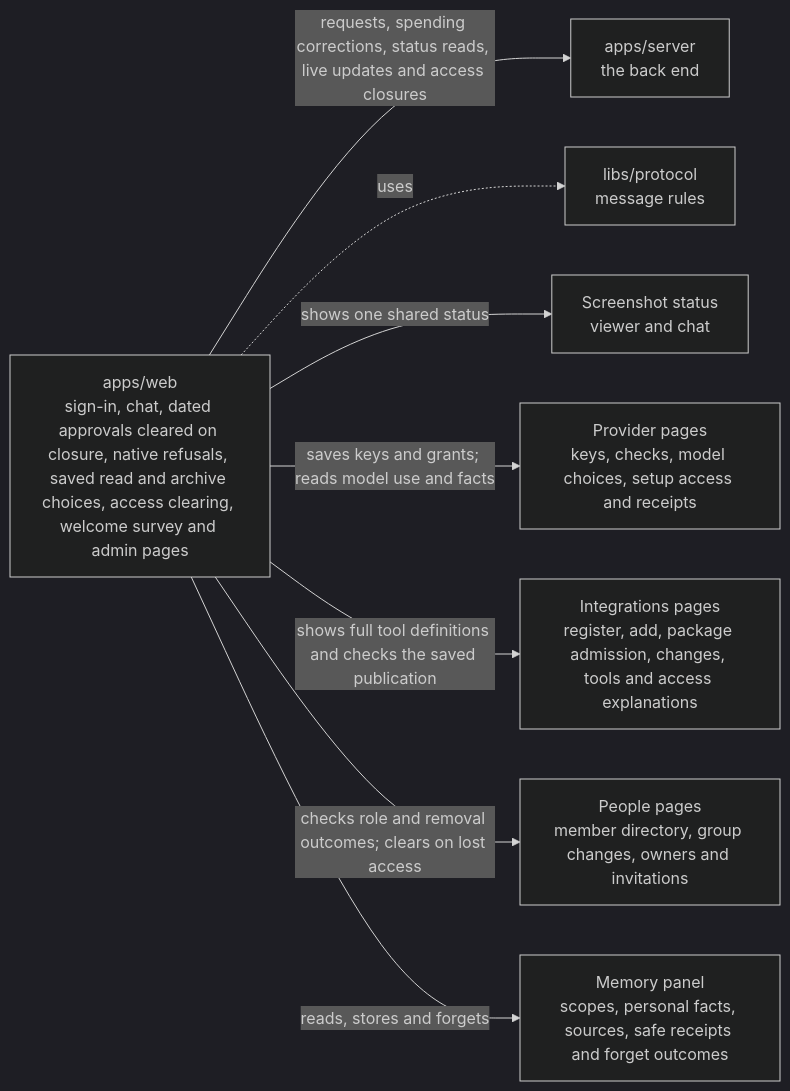
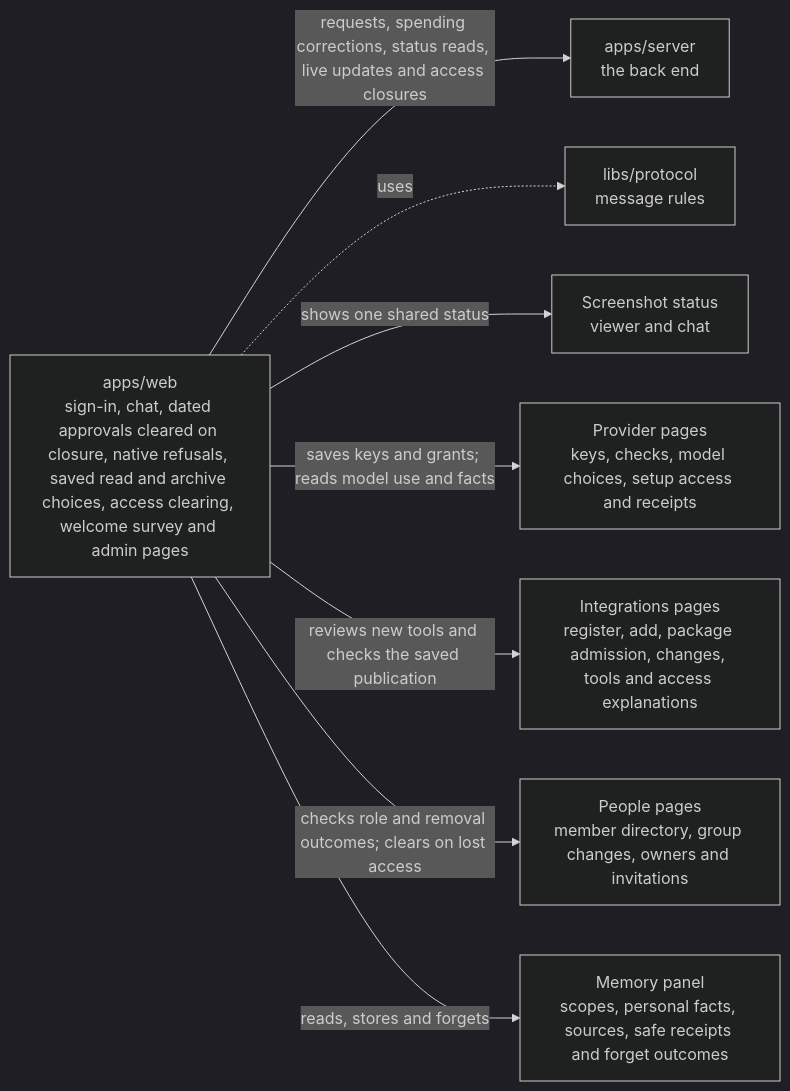
One commit to elewa-git/opencrane-new changed the diagram in apps/web/README.md. Above: the diagram before and after it, drawn with Mermaid (dark theme). The commit also changed other lines of this file and 19 other files, not shown here.

````diff
--- a/apps/web/README.md
+++ b/apps/web/README.md
@@ -11,10 +11,10 @@
 ```mermaid
 flowchart LR
   web["apps/web<br/>sign-in, chat, dated approvals cleared on closure, native refusals, saved read and archive choices, access clearing, welcome survey and admin pages"] -->|requests, spending corrections, status reads, live updates and access closures| server["apps/server<br/>the back end"]
   web -.->|uses| protocol["libs/protocol<br/>message rules"]
   web -->|shows one shared status| capture["Screenshot status<br/>viewer and chat"]
   web -->|saves keys and grants; reads model use and facts| providers["Provider pages<br/>keys, checks, model choices, setup access and receipts"]
-  web -->|shows full tool definitions and checks the saved publication| integrations["Integrations pages<br/>register, add, package admission, changes, tools and access explanations"]
+  web -->|reviews new tools and checks the saved publication| integrations["Integrations pages<br/>register, add, package admission, changes, tools and access explanations"]
   web -->|checks role and removal outcomes; clears on lost access| people["People pages<br/>member directory, group changes, owners and invitations"]
   web -->|reads, stores and forgets| memory["Memory panel<br/>scopes, personal facts, sources, safe receipts and forget outcomes"]
 ```
````
